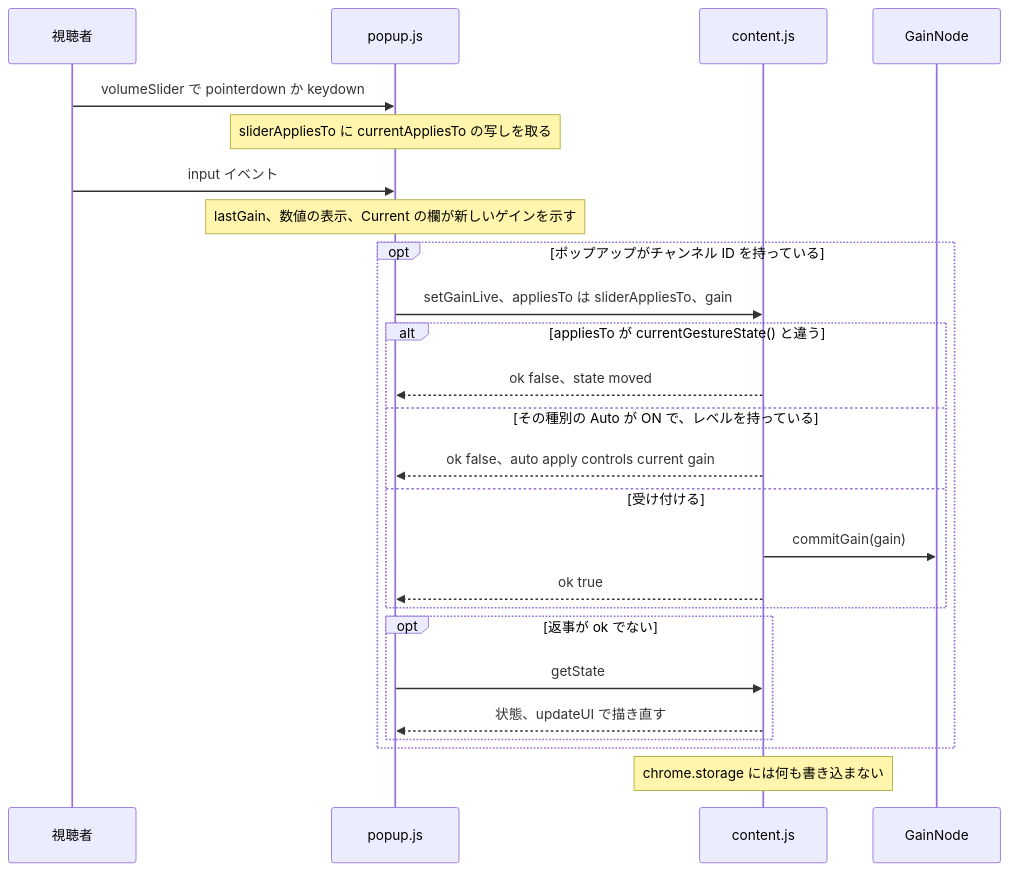
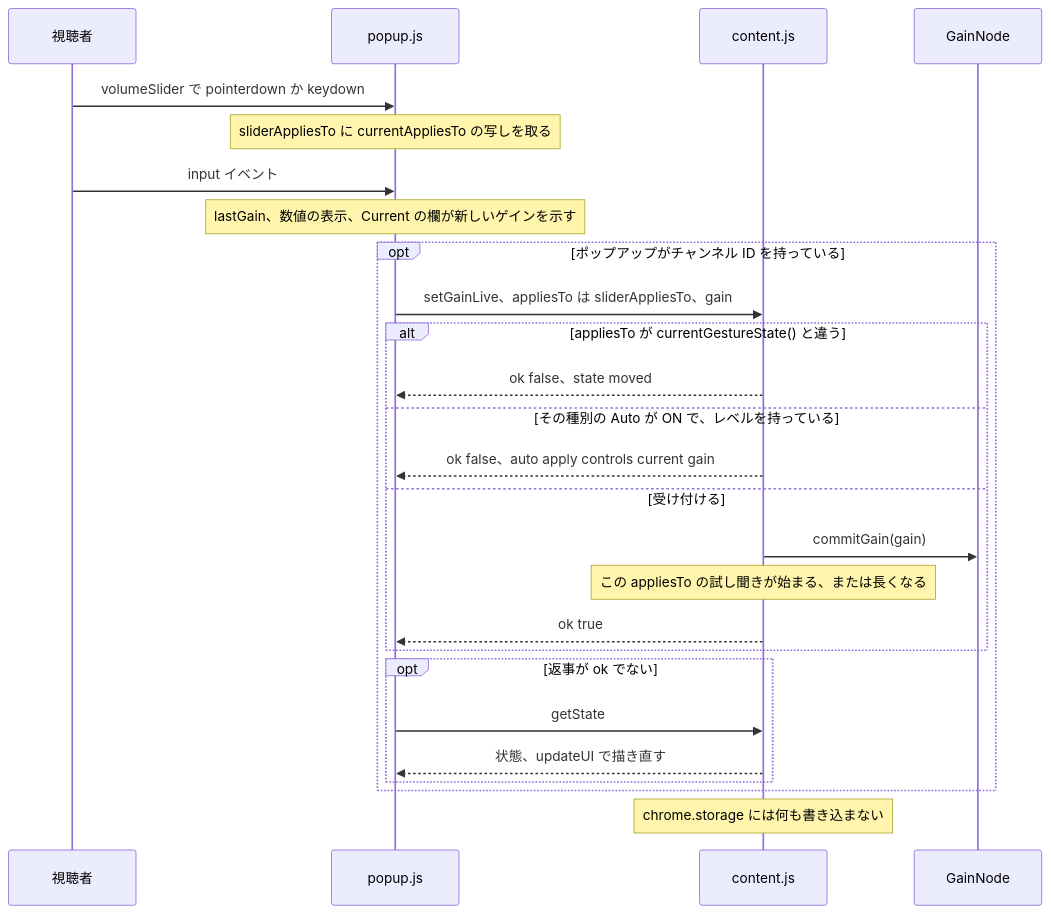
The third of 14 diagrams in docs/gain-change-and-save.ja.md (semnil/yt-channel-volume), drawn with Mermaid before and after one commit. The commit also changed other lines of this file and 5 other files, not shown here.

````diff
--- a/docs/gain-change-and-save.ja.md
+++ b/docs/gain-change-and-save.ja.md
@@ -161,27 +162,28 @@
 ```mermaid
 sequenceDiagram
   participant V as 視聴者
   participant P as popup.js
   participant C as content.js
   participant G as GainNode
   V->>P: volumeSlider で pointerdown か keydown
   Note over P: sliderAppliesTo に currentAppliesTo の写しを取る
   V->>P: input イベント
   Note over P: lastGain、数値の表示、Current の欄が新しいゲインを示す
   opt ポップアップがチャンネル ID を持っている
     P->>C: setGainLive、appliesTo は sliderAppliesTo、gain
     alt appliesTo が currentGestureState() と違う
       C-->>P: ok false、state moved
     else その種別の Auto が ON で、レベルを持っている
       C-->>P: ok false、auto apply controls current gain
     else 受け付ける
       C->>G: commitGain(gain)
+      Note over C: この appliesTo の試し聞きが始まる、または長くなる
       C-->>P: ok true
     end
     opt 返事が ok でない
       P->>C: getState
       C-->>P: 状態、updateUI で描き直す
     end
   end
   Note over C: chrome.storage には何も書き込まない
 ```
````
